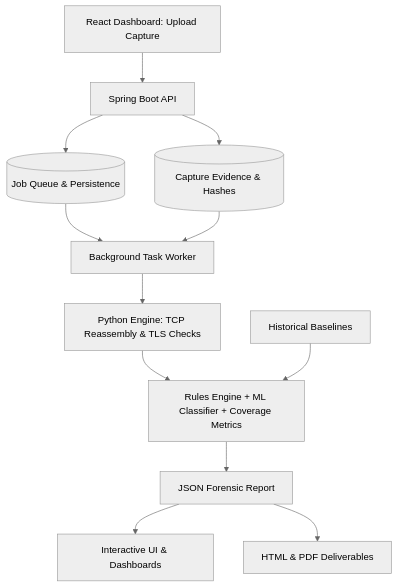
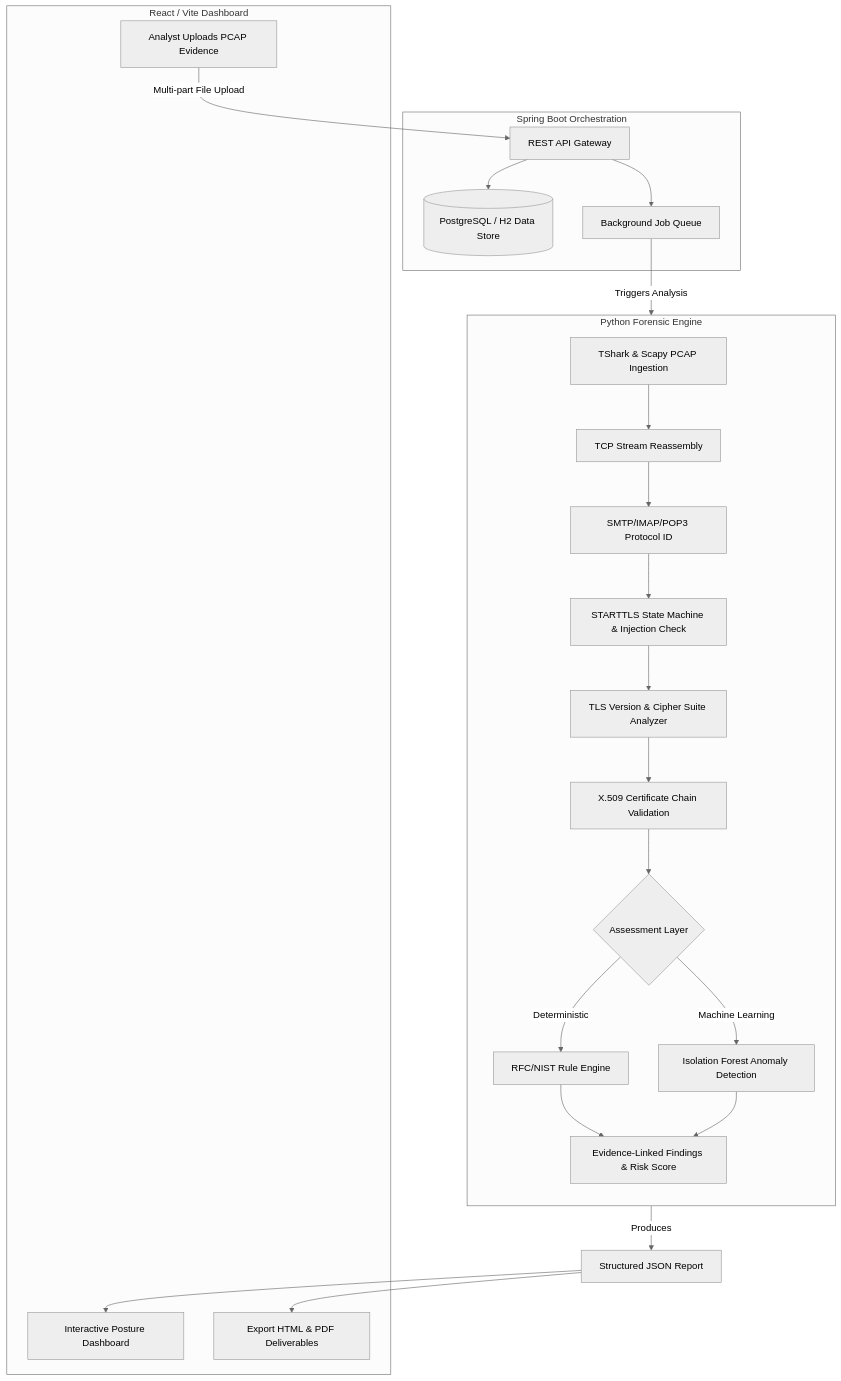
Before and after one commit to zaidshaikh987/Mail_Sentinel: the diagram in README.md, drawn with Mermaid (neutral theme).

Commit message:
Update architecture flowchart to be more detailed

````diff
--- a/README.md
+++ b/README.md
@@ -30,14 +30,39 @@
 ```mermaid
 flowchart TD
-    A[React Dashboard: Upload Capture] --> B[Spring Boot API]
-    B --> C[(Capture Evidence & Hashes)]
-    B --> D[(Job Queue & Persistence)]
-    D --> E[Background Task Worker]
-    C --> E
-    E --> F[Python Engine: TCP Reassembly & TLS Checks]
-    F --> G[Rules Engine + ML Classifier + Coverage Metrics]
-    H[Historical Baselines] --> G
-    G --> I[JSON Forensic Report]
-    I --> J[Interactive UI & Dashboards]
-    I --> K[HTML & PDF Deliverables]
+    subgraph Frontend [React / Vite Dashboard]
+        UI_In[Analyst Uploads PCAP Evidence]
+        UI_Out[Interactive Posture Dashboard]
+        UI_Export[Export HTML & PDF Deliverables]
+    end
+
+    subgraph Backend [Spring Boot Orchestration]
+        API[REST API Gateway]
+        DB[(PostgreSQL / H2 Data Store)]
+        Queue[Background Job Queue]
+        API --> DB
+        API --> Queue
+    end
+
+    subgraph Engine [Python Forensic Engine]
+        direction TB
+        Parser[TShark & Scapy PCAP Ingestion] --> TCP[TCP Stream Reassembly]
+        TCP --> Proto[SMTP/IMAP/POP3 Protocol ID]
+        Proto --> STLS[STARTTLS State Machine & Injection Check]
+        STLS --> TLS[TLS Version & Cipher Suite Analyzer]
+        TLS --> Cert[X.509 Certificate Chain Validation]
+        
+        Cert --> Assess{Assessment Layer}
+        
+        Assess --> |Deterministic| Rules[RFC/NIST Rule Engine]
+        Assess --> |Machine Learning| ML[Isolation Forest Anomaly Detection]
+        
+        Rules --> Findings[Evidence-Linked Findings & Risk Score]
+        ML --> Findings
+    end
+
+    UI_In --> |Multi-part File Upload| API
+    Queue --> |Triggers Analysis| Parser
+    Findings --> |Produces| JSON[Structured JSON Report]
+    JSON --> UI_Out
+    JSON --> UI_Export
 ```
````
